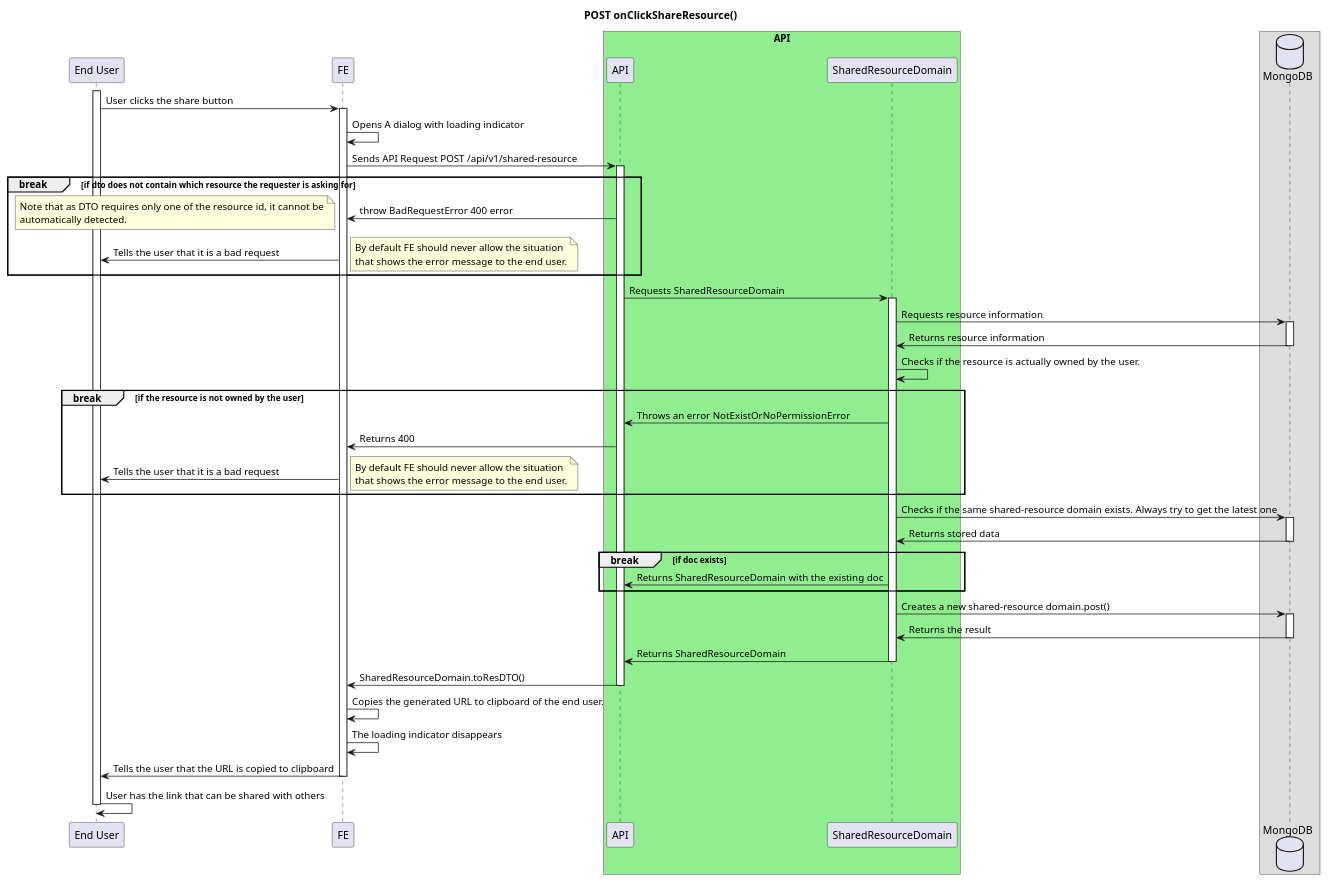
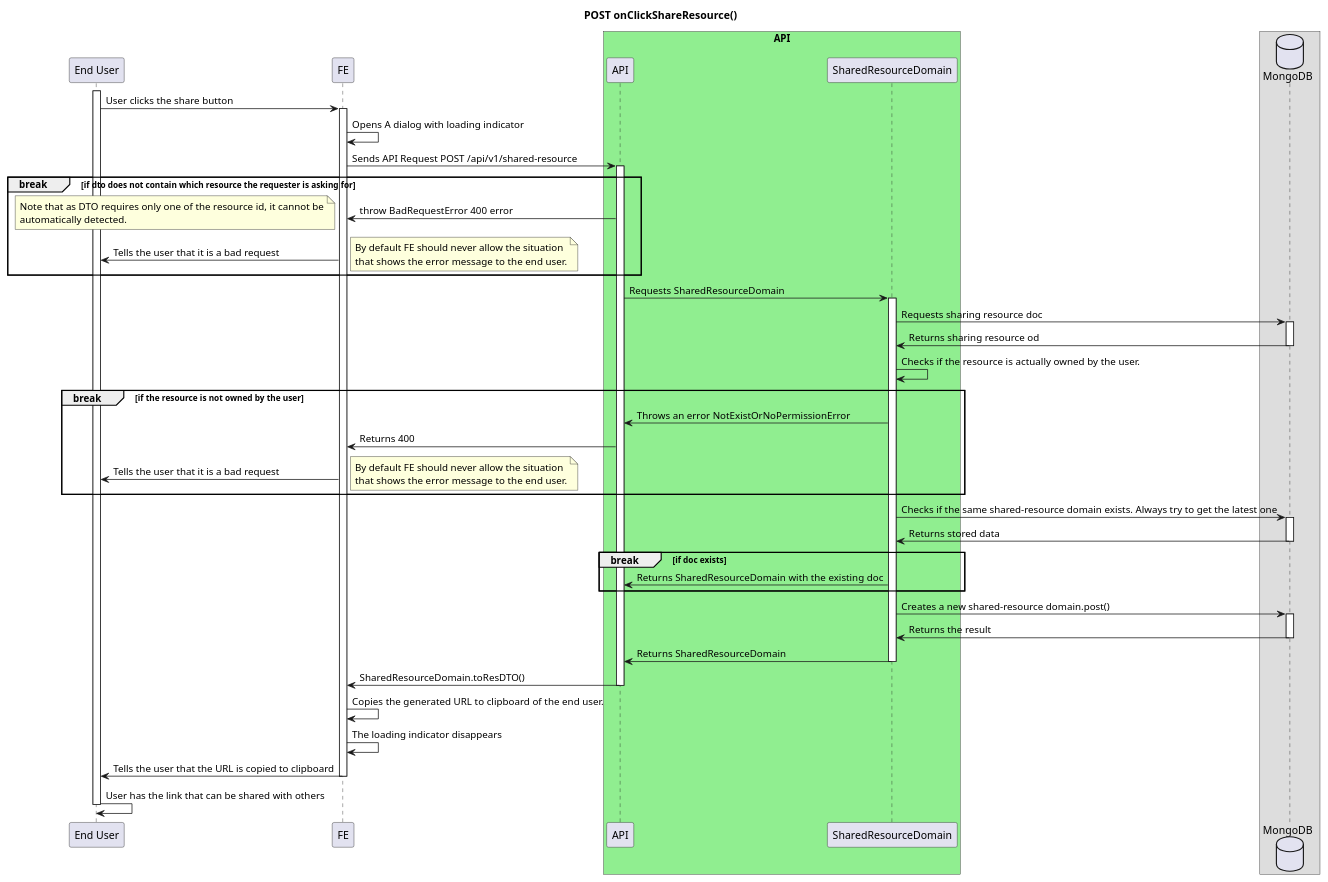
The diagram in dev/diagrams/on-click-share-resource.md (ajktown/docs), drawn with PlantUML before and after one commit.

````diff
--- a/dev/diagrams/on-click-share-resource.md
+++ b/dev/diagrams/on-click-share-resource.md
@@ -36,72 +36,72 @@
 ```plantuml
 
 @startuml
 
 title POST onClickShareResource()
 
 participant "End User" as user
 participant "FE" as fe
 box "API" #Lightgreen
   participant "API" as api
   participant "SharedResourceDomain" as domain
 box
 database "MongoDB" as db
 
 activate user
   user -> fe: User clicks the share button
   activate fe
     fe -> fe: Opens A dialog with loading indicator
     fe -> api: Sends API Request POST /api/v1/shared-resource
     activate api
       break if dto does not contain which resource the requester is asking for
         fe <- api: throw BadRequestError 400 error
         note left
           Note that as DTO requires only one of the resource id, it cannot be
           automatically detected.
         end note
         user <- fe: Tells the user that it is a bad request
         note right
           By default FE should never allow the situation
           that shows the error message to the end user.
         end note
       end break
       api -> domain: Requests SharedResourceDomain
       activate domain
-        domain -> db: Requests resource information
+        domain -> db: Requests sharing resource doc
         activate db
-          domain <- db: Returns resource information
+          domain <- db: Returns sharing resource od
         deactivate db
         domain -> domain: Checks if the resource is actually owned by the user.
         break if the resource is not owned by the user
           api <- domain: Throws an error NotExistOrNoPermissionError
           fe <- api: Returns 400
           user <- fe: Tells the user that it is a bad request
           note right
             By default FE should never allow the situation
             that shows the error message to the end user.
           end note
         end break
         domain -> db: Checks if the same shared-resource domain exists. Always try to get the latest one
         activate db
           domain <- db: Returns stored data
         deactivate db
         break if doc exists
           api <- domain: Returns SharedResourceDomain with the existing doc
         end break
         domain -> db: Creates a new shared-resource domain.post()
         activate db
           domain <- db: Returns the result
         deactivate db
         api <- domain: Returns SharedResourceDomain
       deactivate domain
       fe <- api: SharedResourceDomain.toResDTO()
     deactivate api
   fe -> fe: Copies the generated URL to clipboard of the end user.
   fe -> fe: The loading indicator disappears
   user <- fe: Tells the user that the URL is copied to clipboard
   deactivate fe
   user -> user: User has the link that can be shared with others
 deactivate user
 
 
 ```
````
